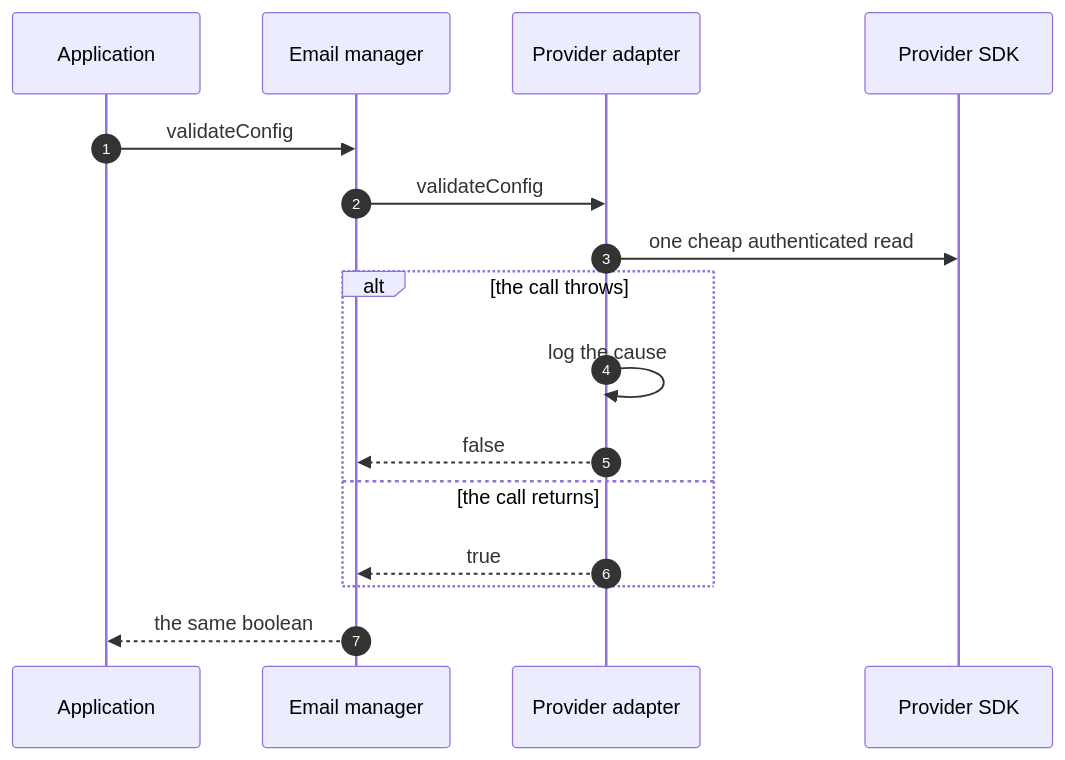
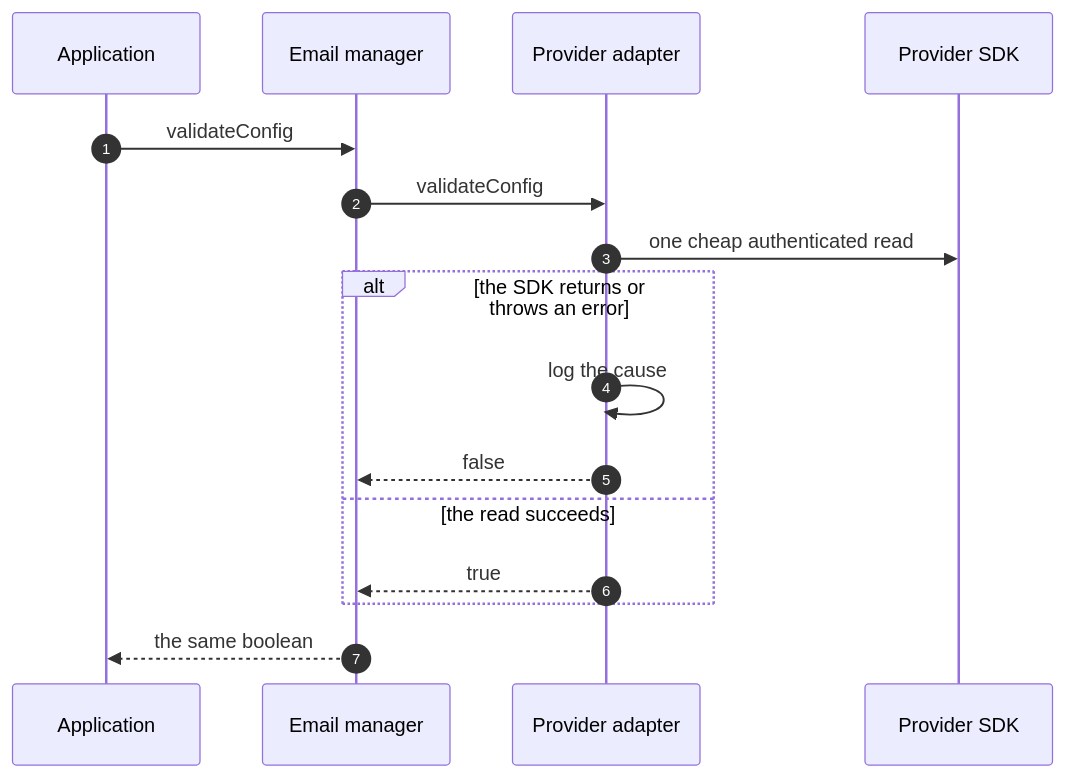
The fourth of 4 diagrams in packages/email-manager/docs/architecture.md (NextNodeSolutions/core), drawn with Mermaid before and after one commit. The commit also changed other lines of this file and 3 other files, not shown here.

````diff
--- a/packages/email-manager/docs/architecture.md
+++ b/packages/email-manager/docs/architecture.md
@@ -123,18 +123,18 @@
 ```mermaid
 sequenceDiagram
     autonumber
     participant App as Application
     participant M as Email manager
     participant P as Provider adapter
     participant SDK as Provider SDK
     App->>M: validateConfig
     M->>P: validateConfig
     P->>SDK: one cheap authenticated read
-    alt the call throws
+    alt the SDK returns or throws an error
         P->>P: log the cause
         P-->>M: false
-    else the call returns
+    else the read succeeds
         P-->>M: true
     end
     M-->>App: the same boolean
 ```
````
